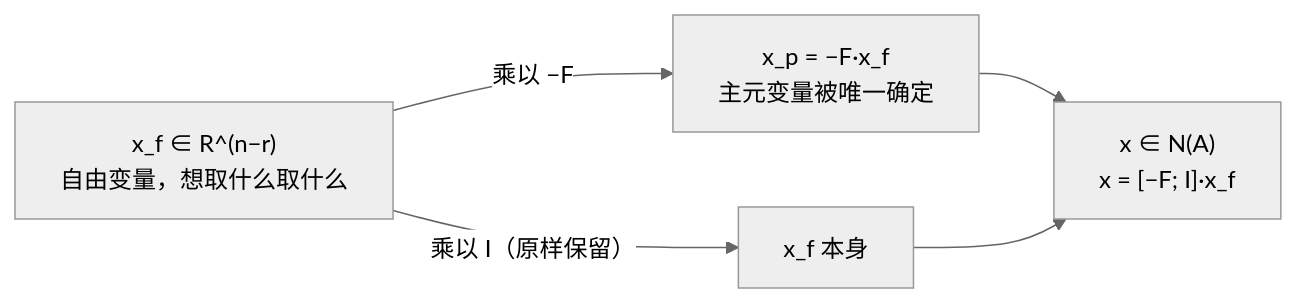
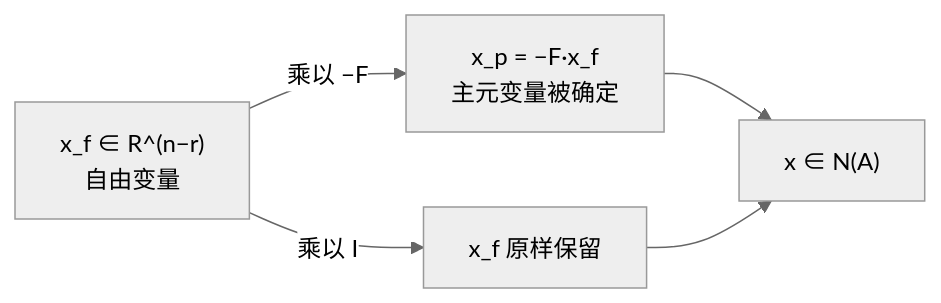
The diagram in Math/Linear Algebra/学习笔记/L7 求解Ax=0主变量与特解.md (Korotomx/STD), drawn with Mermaid (neutral theme) before and after one commit. The commit also changed other lines of this file and 173 other files, not shown here.

````diff
--- a/Math/Linear Algebra/学习笔记/L7 求解Ax=0主变量与特解.md
+++ b/Math/Linear Algebra/学习笔记/L7 求解Ax=0主变量与特解.md
@@ -177,8 +78,7 @@
 ```mermaid
 flowchart LR
-    XF["x_f ∈ R^(n−r)<br/>自由变量，想取什么取什么"]
-    XF -->|"乘以 −F"| XP["x_p = −F·x_f<br/>主元变量被唯一确定"]
-    XF -->|"乘以 I（原样保留）"| XF2["x_f 本身"]
-    XP --> X["x ∈ N(A)<br/>x = [−F; I]·x_f"]
+    XF["x_f ∈ R^(n−r)<br/>自由变量"] -->|"乘以 −F"| XP["x_p = −F·x_f<br/>主元变量被确定"]
+    XF -->|"乘以 I"| XF2["x_f 原样保留"]
+    XP --> X["x ∈ N(A)"]
     XF2 --> X
 ```
````
